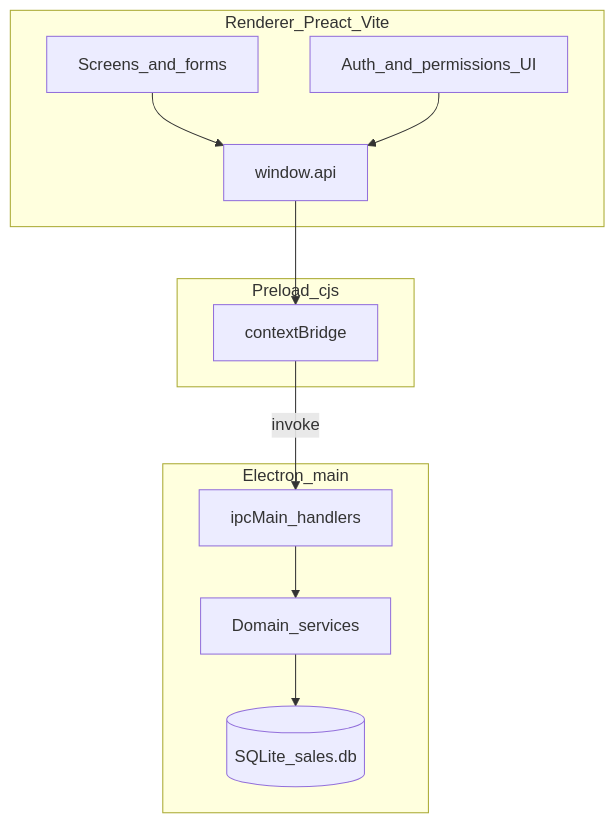
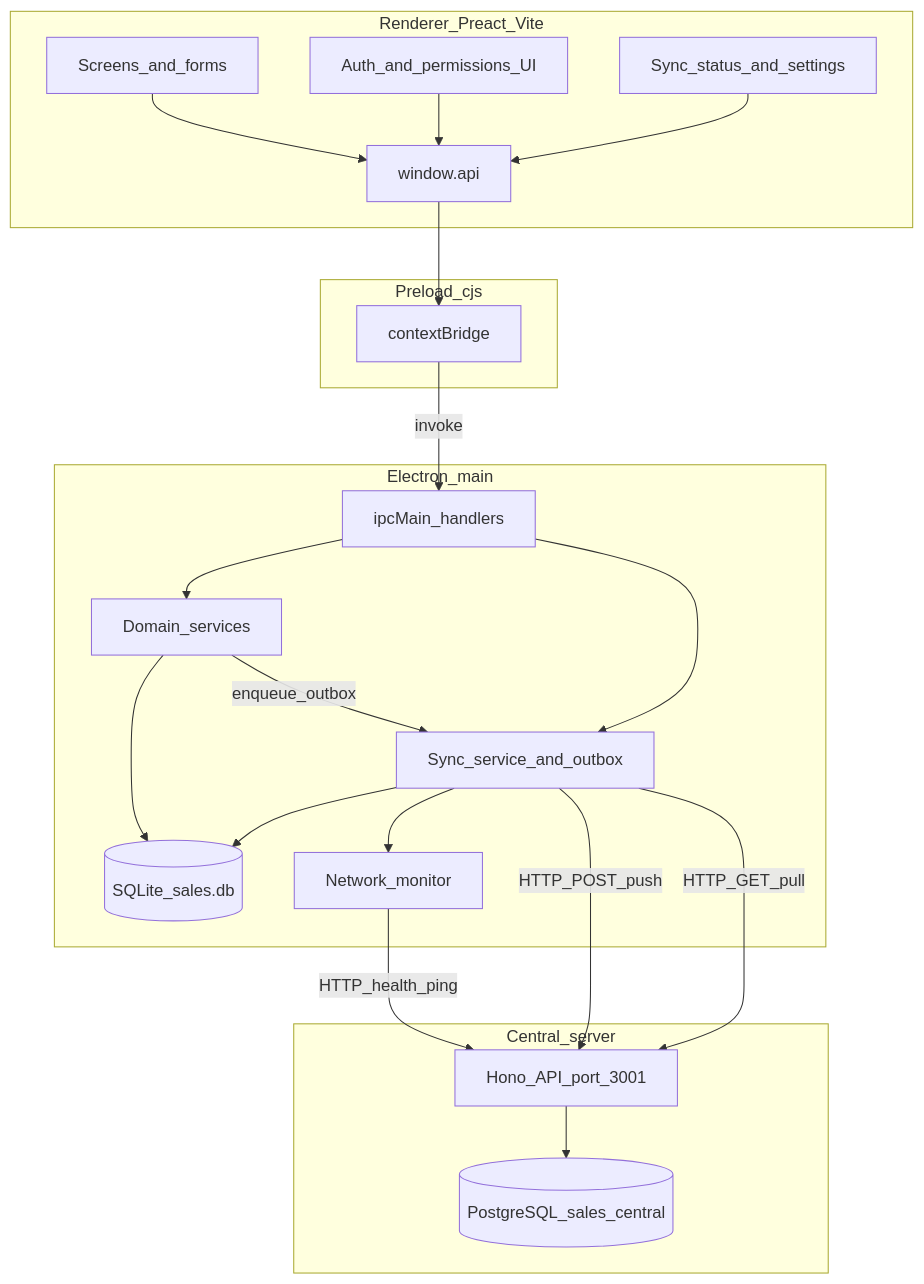
One commit to mbakesamuel/sales-electron changed the diagram in docs/developer-guide/01-architecture.md. Above: the diagram before and after it, drawn with Mermaid. The commit also changed other lines of this file and 81 other files, not shown here.

````diff
--- a/docs/developer-guide/01-architecture.md
+++ b/docs/developer-guide/01-architecture.md
@@ -5,23 +5,40 @@
 ```mermaid
 flowchart TB
   subgraph renderer [Renderer_Preact_Vite]
     UI[Screens_and_forms]
     AuthUI[Auth_and_permissions_UI]
+    SyncUI[Sync_status_and_settings]
     UI --> PreloadAPI["window.api"]
     AuthUI --> PreloadAPI
+    SyncUI --> PreloadAPI
   end
 
   subgraph preload [Preload_cjs]
     Bridge[contextBridge]
     PreloadAPI --> Bridge
   end
 
   subgraph main [Electron_main]
     IPC[ipcMain_handlers]
     Domain[Domain_services]
+    SyncEng[Sync_service_and_outbox]
+    NetMon[Network_monitor]
     DB[(SQLite_sales.db)]
     Bridge -->|invoke| IPC
     IPC --> Domain
+    IPC --> SyncEng
     Domain --> DB
+    Domain -->|enqueue_outbox| SyncEng
+    SyncEng --> DB
+    SyncEng --> NetMon
+  end
+
+  subgraph central [Central_server]
+    HonoAPI[Hono_API_port_3001]
+    Postgres[(PostgreSQL_sales_central)]
+    SyncEng -->|HTTP_POST_push| HonoAPI
+    SyncEng -->|HTTP_GET_pull| HonoAPI
+    NetMon -->|HTTP_health_ping| HonoAPI
+    HonoAPI --> Postgres
   end
 ```
````
